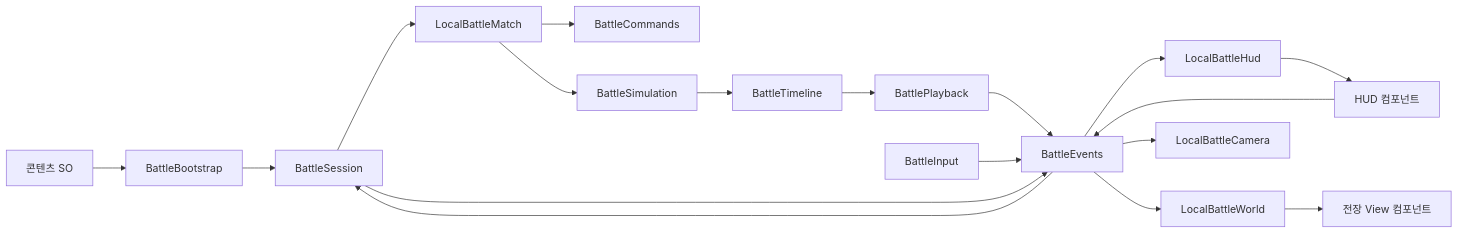
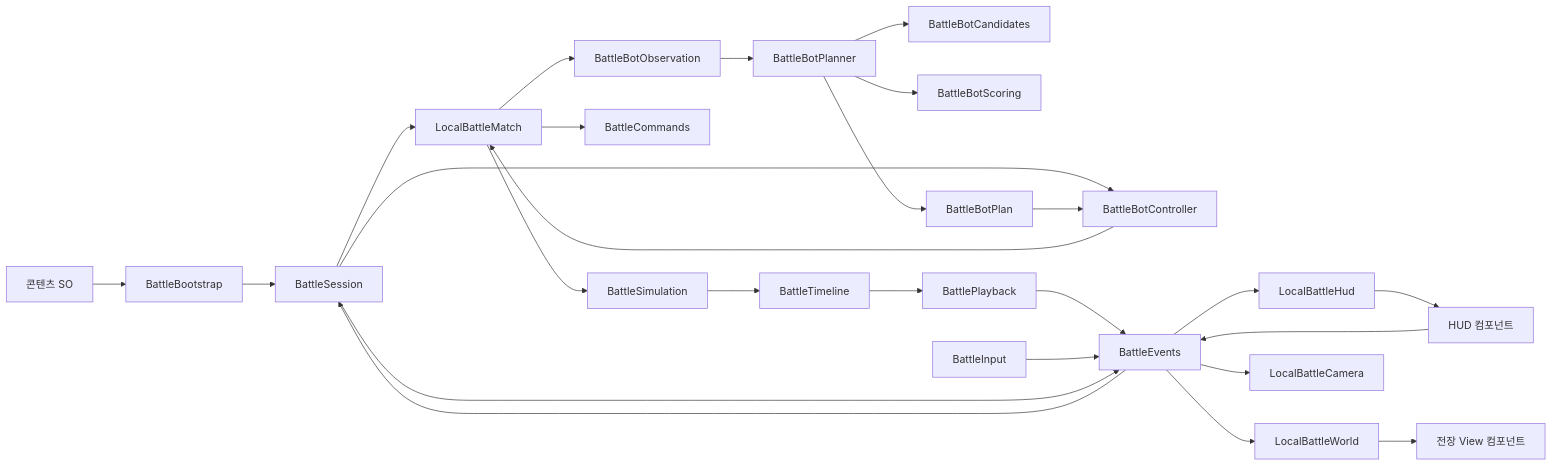
One commit to heejun2822/TurnZero changed the diagram in Project/GameArchitecture.md. Above: the diagram before and after it, drawn with Mermaid. The commit also changed other lines of this file and 5 other files, not shown here.

````diff
--- a/Project/GameArchitecture.md
+++ b/Project/GameArchitecture.md
@@ -92,20 +92,28 @@
 ```mermaid
 flowchart LR
   Data[콘텐츠 SO] --> Bootstrap[BattleBootstrap]
   Bootstrap --> Session[BattleSession]
   Session --> Match[LocalBattleMatch]
+  Session --> Bot[BattleBotController]
+  Bot --> Match
+  Match --> Observation[BattleBotObservation]
+  Observation --> Planner[BattleBotPlanner]
+  Planner --> Candidates[BattleBotCandidates]
+  Planner --> Scoring[BattleBotScoring]
+  Planner --> Plan[BattleBotPlan]
+  Plan --> Bot
   Match --> Commands[BattleCommands]
   Match --> Simulation[BattleSimulation]
   Simulation --> Timeline[BattleTimeline]
   Timeline --> Playback[BattlePlayback]
   Playback --> Events
   Input[BattleInput] --> Events[BattleEvents]
   HUD[HUD 컴포넌트] --> Events
   Events --> Session
   Session --> Events
   Events --> HudRoot[LocalBattleHud]
   HudRoot --> HUD
   Events --> World[LocalBattleWorld]
   World --> WorldViews[전장 View 컴포넌트]
   Events --> Camera[LocalBattleCamera]
 ```
````
